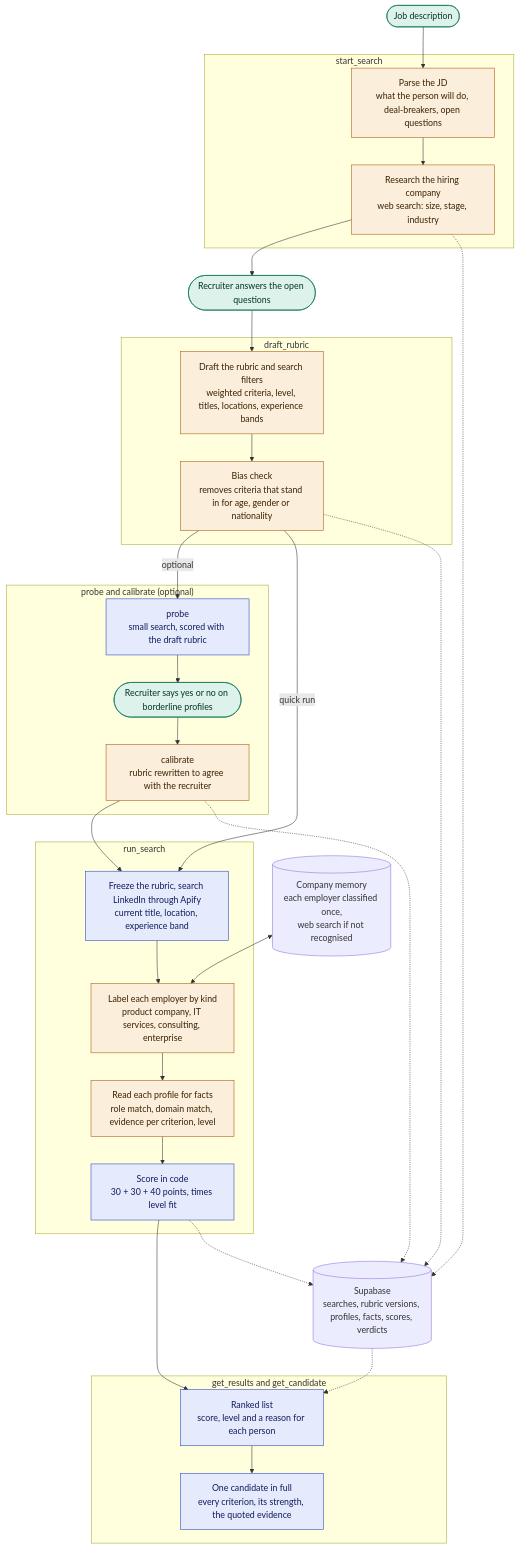
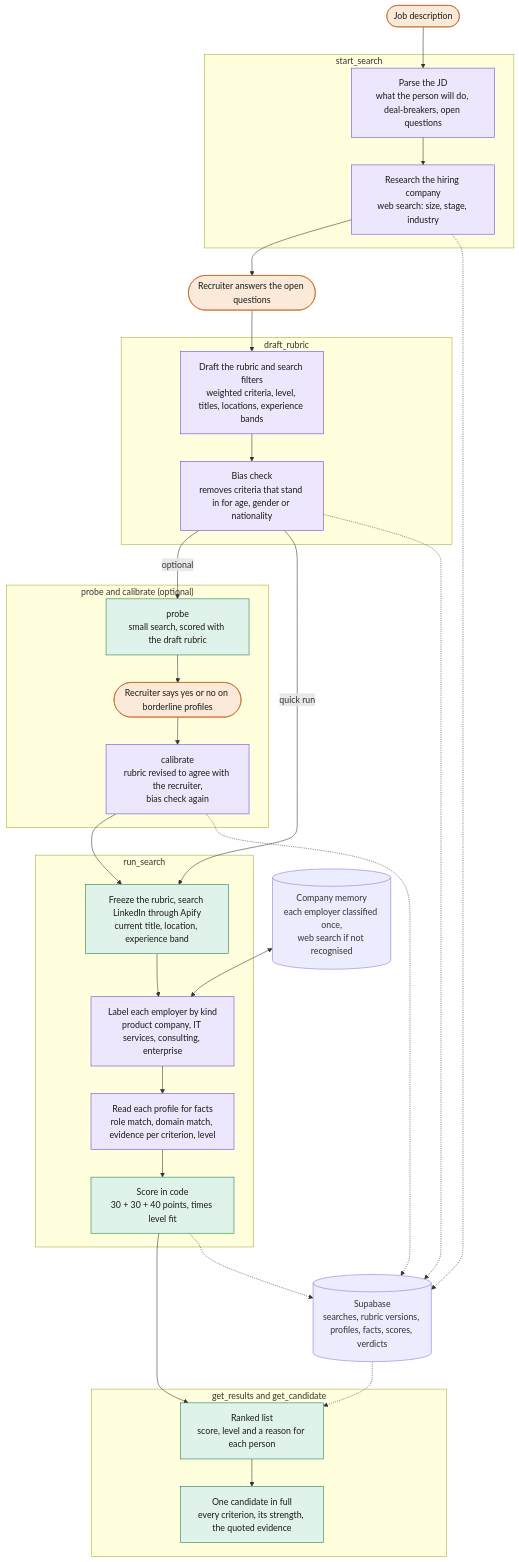
The diagram in README.md (devwatts/talent-finder), drawn with Mermaid before and after one commit. The commit also changed other lines of this file, not shown here.

Commit message:
Bring the architecture diagram up to date

````diff
--- a/README.md
+++ b/README.md
@@ -9,59 +9,59 @@
 ```mermaid
 flowchart TD
     jd(["Job description"]):::you --> parse
 
     subgraph s1["start_search"]
         parse["Parse the JD<br/>what the person will do, deal-breakers, open questions"]:::model
         company["Research the hiring company<br/>web search: size, stage, industry"]:::model
         parse --> company
     end
 
     company --> answers(["Recruiter answers the open questions"]):::you
     answers --> rubric
 
     subgraph s2["draft_rubric"]
         rubric["Draft the rubric and search filters<br/>weighted criteria, level, titles, locations, experience bands"]:::model
         bias["Bias check<br/>removes criteria that stand in for age, gender or nationality"]:::model
         rubric --> bias
     end
 
     bias -->|optional| probe
     bias -->|quick run| freeze
 
     subgraph s3["probe and calibrate (optional)"]
         probe["probe<br/>small search, scored with the draft rubric"]:::code
         verdicts(["Recruiter says yes or no on borderline profiles"]):::you
-        revise["calibrate<br/>rubric rewritten to agree with the recruiter"]:::model
+        revise["calibrate<br/>rubric revised to agree with the recruiter,<br/>bias check again"]:::model
         probe --> verdicts --> revise
     end
 
     revise --> freeze
 
     subgraph s4["run_search"]
         freeze["Freeze the rubric, search LinkedIn through Apify<br/>current title, location, experience band"]:::code
         kinds["Label each employer by kind<br/>product company, IT services, consulting, enterprise"]:::model
         facts["Read each profile for facts<br/>role match, domain match, evidence per criterion, level"]:::model
         score["Score in code<br/>30 + 30 + 40 points, times level fit"]:::code
         freeze --> kinds --> facts --> score
     end
 
     memory[("Company memory<br/>each employer classified once,<br/>web search if not recognised")] <--> kinds
     score --> results
 
     subgraph s5["get_results and get_candidate"]
         results["Ranked list<br/>score, level and a reason for each person"]:::code
         detail["One candidate in full<br/>every criterion, its strength, the quoted evidence"]:::code
         results --> detail
     end
 
     store[("Supabase<br/>searches, rubric versions, profiles, facts, scores, verdicts")]
     company -.-> store
     bias -.-> store
     revise -.-> store
     score -.-> store
     store -.-> results
 
-    classDef model fill:#fbeeda,stroke:#a85a0b,color:#3a2204
-    classDef code fill:#e5eafc,stroke:#2443c4,color:#0f1c5c
-    classDef you fill:#dcf2ea,stroke:#0b7559,color:#053527
+    classDef model fill:#ece7fd,stroke:#6246d6,color:#1c1a15
+    classDef code fill:#e0f3ea,stroke:#16794f,color:#1c1a15
+    classDef you fill:#fbe9da,stroke:#c9631c,color:#1c1a15
 ```
````
